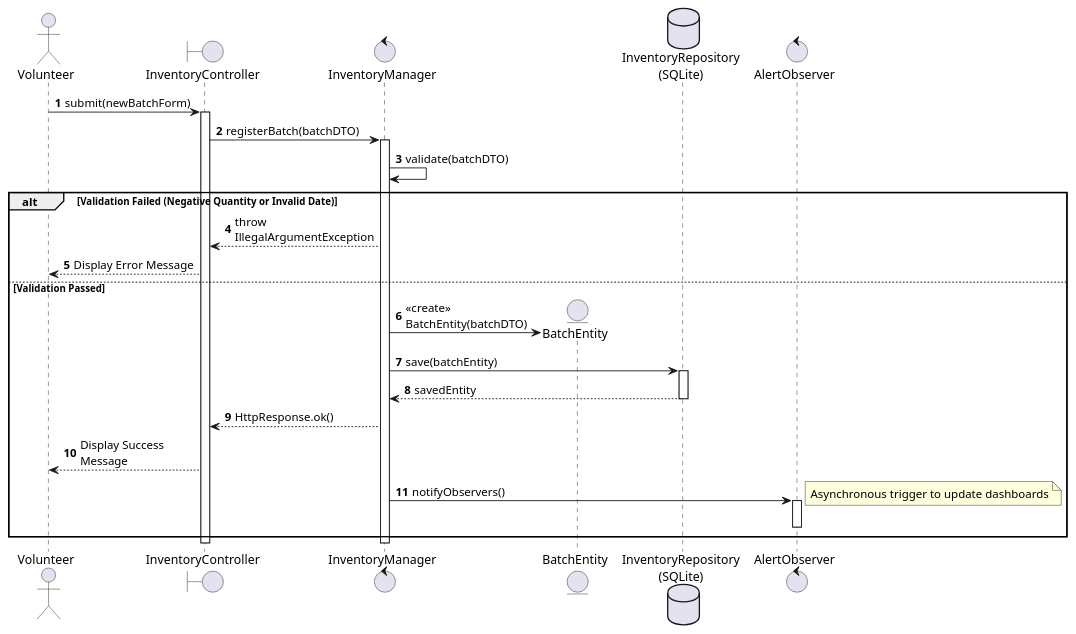
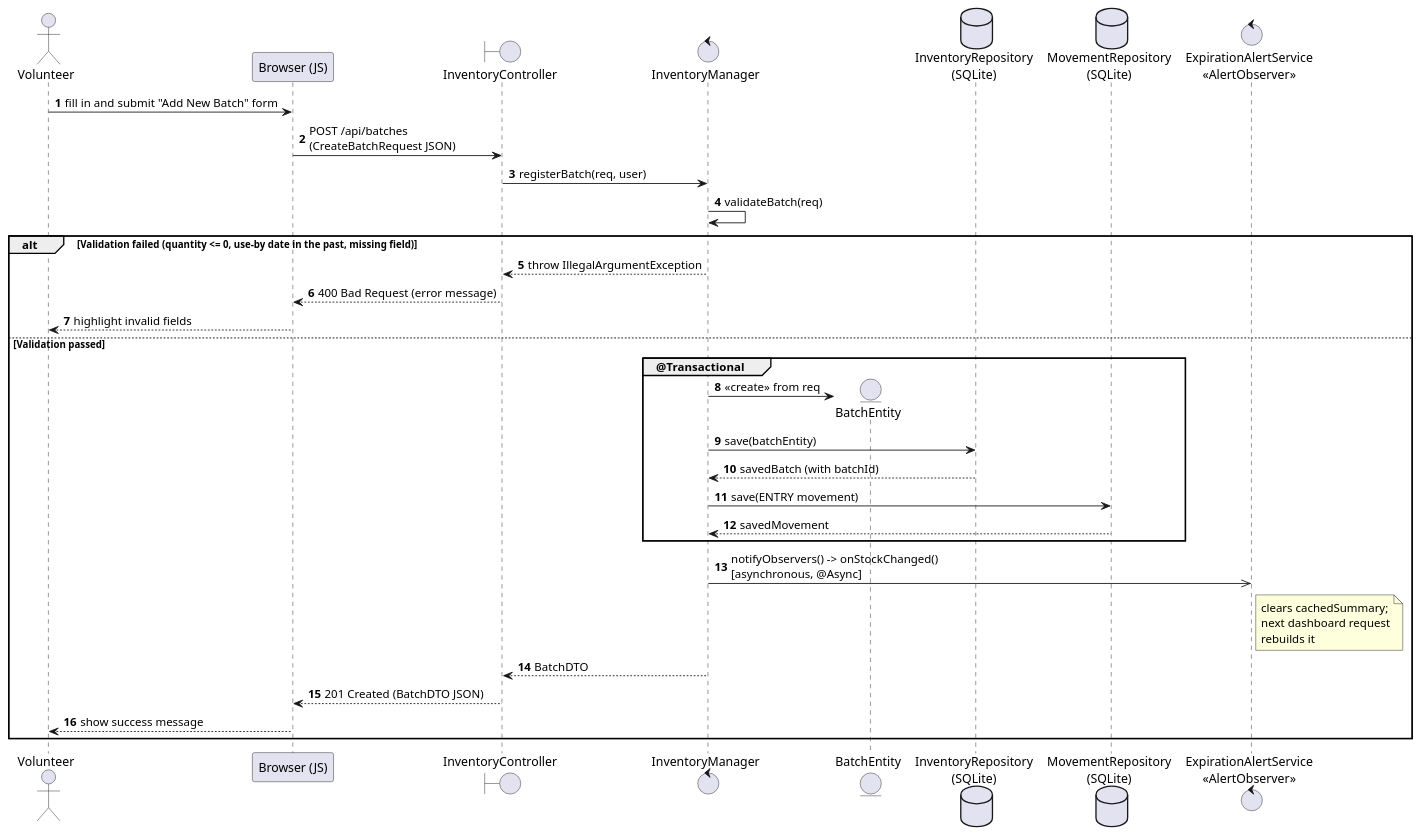
Before and after one commit to asegomed/Inventory-and-Expiration-Manager-StockDate-: the diagram in Esquemas_Phase1/Sequence_Diagram_Batch_Registration_Flow.puml, drawn with PlantUML. The commit also changed 2 other files, not shown here.

```diff
--- a/Esquemas_Phase1/Sequence_Diagram_Batch_Registration_Flow.puml
+++ b/Esquemas_Phase1/Sequence_Diagram_Batch_Registration_Flow.puml
@@ -1,40 +1,38 @@
-@startuml
-skinparam maxMessageSize 150
+@startuml Sequence_Diagram_Batch_Registration_Flow
+skinparam shadowing false
+skinparam sequenceMessageAlign left
 autonumber
 
-actor "Volunteer" as User
-boundary "InventoryController" as UI
-control "InventoryManager" as BLL
-entity "BatchEntity" as Entity
-database "InventoryRepository\n(SQLite)" as DB
-control "AlertObserver" as AsyncAlert
+actor Volunteer
+participant "Browser (JS)" as UI
+boundary InventoryController
+control InventoryManager
+entity BatchEntity
+database "InventoryRepository\n(SQLite)" as BatchRepo
+database "MovementRepository\n(SQLite)" as MoveRepo
+control "ExpirationAlertService\n<<AlertObserver>>" as Alerts
 
-User -> UI : submit(newBatchForm)
-activate UI
+Volunteer -> UI : fill in and submit "Add New Batch" form
+UI -> InventoryController : POST /api/batches\n(CreateBatchRequest JSON)
+InventoryController -> InventoryManager : registerBatch(req, user)
+InventoryManager -> InventoryManager : validateBatch(req)
 
-UI -> BLL : registerBatch(batchDTO)
-activate BLL
-
-BLL -> BLL : validate(batchDTO)
-alt Validation Failed (Negative Quantity or Invalid Date)
-    BLL --> UI : throw IllegalArgumentException
-    UI --> User : Display Error Message
-else Validation Passed
-    BLL -> Entity ** : <<create>> BatchEntity(batchDTO)
-
-    BLL -> DB : save(batchEntity)
-    activate DB
-    DB --> BLL : savedEntity
-    deactivate DB
-
-    BLL --> UI : HttpResponse.ok()
-    UI --> User : Display Success Message
-
-    BLL -> AsyncAlert : notifyObservers()
-    note right: Asynchronous trigger to update dashboards
-    activate AsyncAlert
-    deactivate AsyncAlert
+alt Validation failed (quantity <= 0, use-by date in the past, missing field)
+  InventoryManager --> InventoryController : throw IllegalArgumentException
+  InventoryController --> UI : 400 Bad Request (error message)
+  UI --> Volunteer : highlight invalid fields
+else Validation passed
+  group @Transactional
+    InventoryManager -> BatchEntity ** : <<create>> from req
+    InventoryManager -> BatchRepo : save(batchEntity)
+    BatchRepo --> InventoryManager : savedBatch (with batchId)
+    InventoryManager -> MoveRepo : save(ENTRY movement)
+    MoveRepo --> InventoryManager : savedMovement
+  end
+  InventoryManager ->> Alerts : notifyObservers() -> onStockChanged()\n[asynchronous, @Async]
+  note right of Alerts : clears cachedSummary;\nnext dashboard request\nrebuilds it
+  InventoryManager --> InventoryController : BatchDTO
+  InventoryController --> UI : 201 Created (BatchDTO JSON)
+  UI --> Volunteer : show success message
 end
-deactivate BLL
-deactivate UI
 @enduml
```
